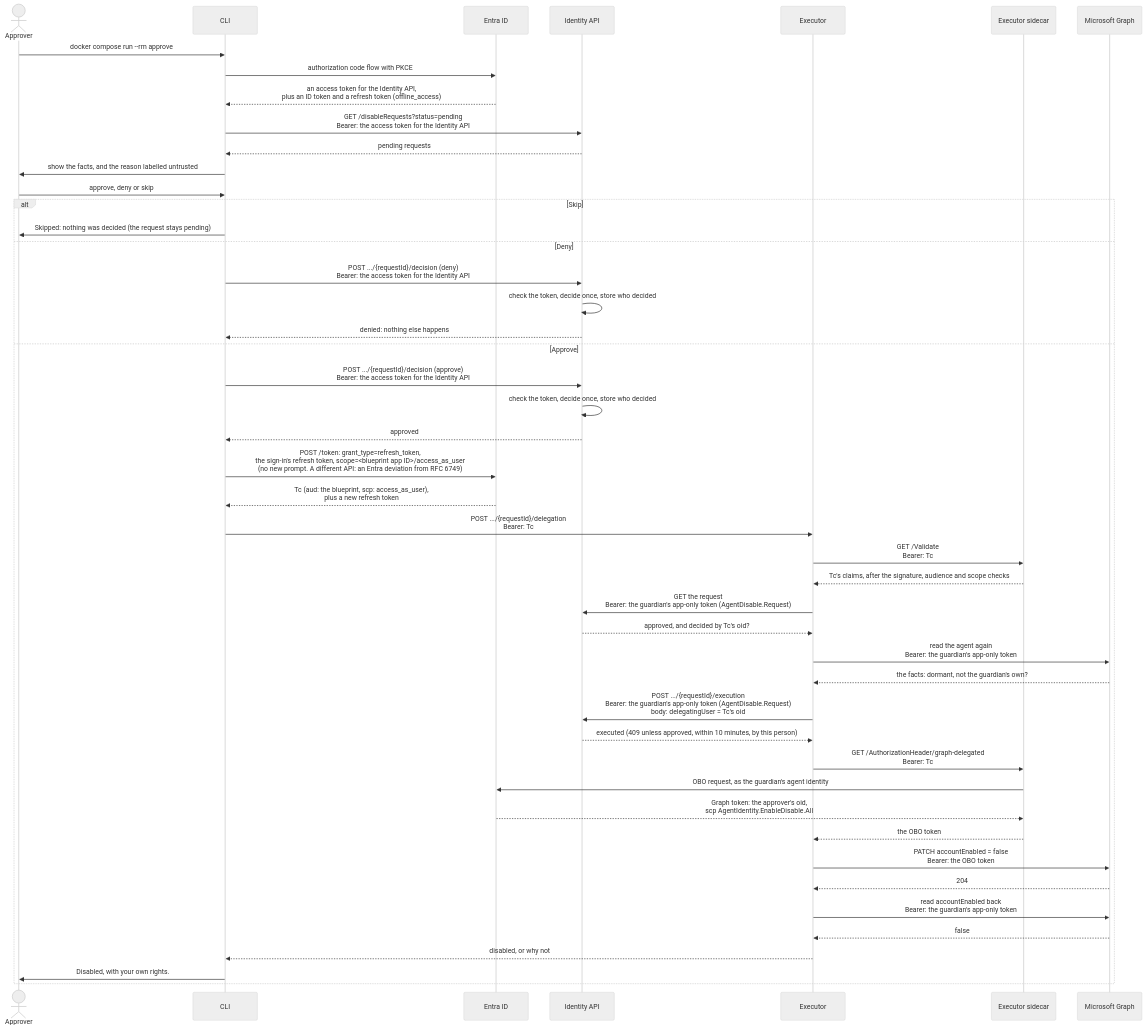
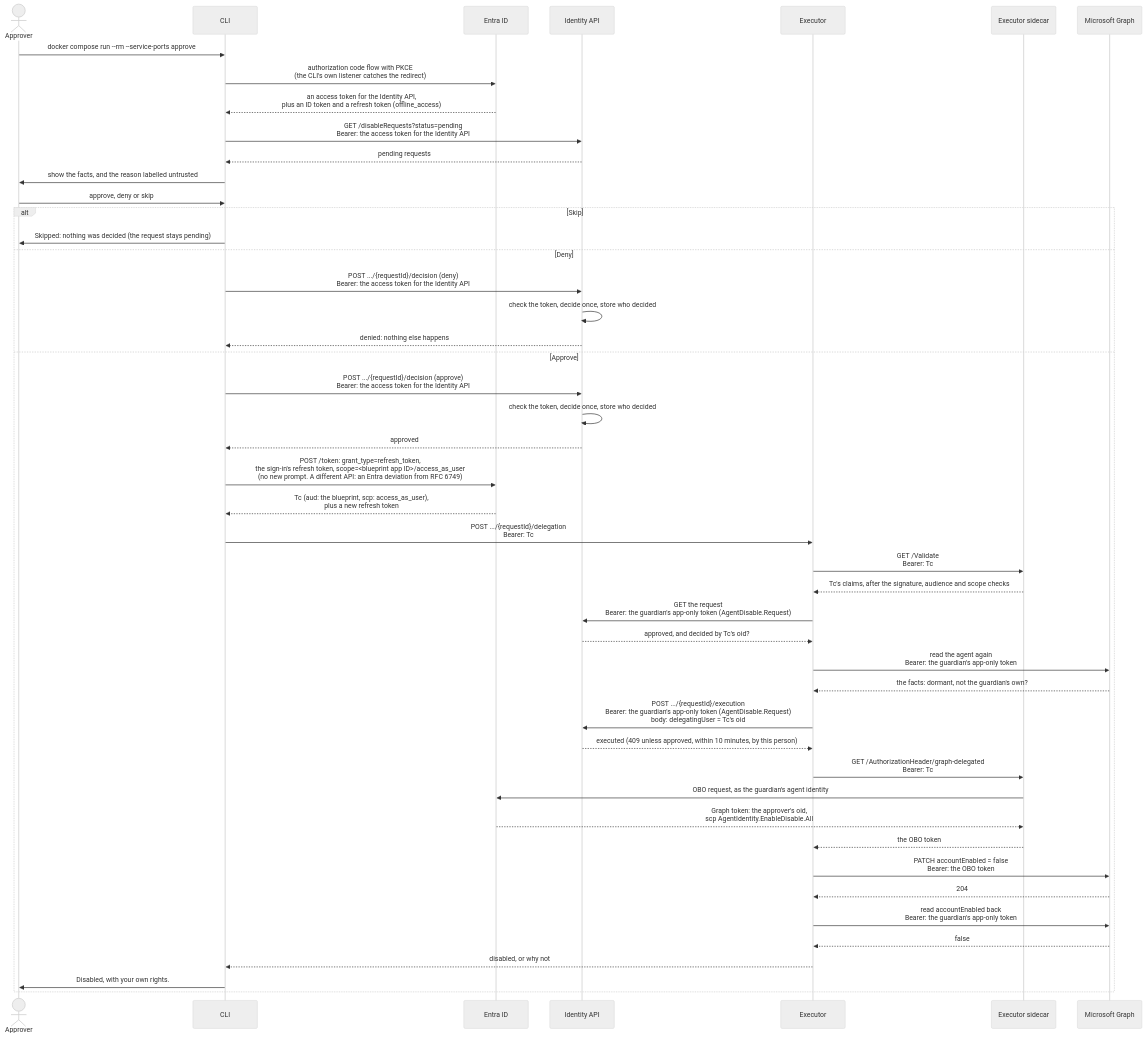
Before and after one commit to alireza-mpr/agent-steward: the third of 4 diagrams in docs/agent-steward-architecture.md, drawn with Mermaid (neutral theme). The commit also changed other lines of this file and 7 other files, not shown here.

First line of the commit message:
feat(approve-cli): catch the sign-in redirect with a listener; Enter skips

````diff
--- a/docs/agent-steward-architecture.md
+++ b/docs/agent-steward-architecture.md
@@ -220,51 +220,51 @@
 ```mermaid
 sequenceDiagram
     actor P as Approver
     participant C as CLI
     participant E as Entra ID
     participant A as Identity API
     participant X as Executor
     participant S as Executor sidecar
     participant G as Microsoft Graph
 
-    P->>C: docker compose run --rm approve
-    C->>E: authorization code flow with PKCE
+    P->>C: docker compose run --rm --service-ports approve
+    C->>E: authorization code flow with PKCE<br/>(the CLI's own listener catches the redirect)
     E-->>C: an access token for the Identity API,<br/>plus an ID token and a refresh token (offline_access)
     C->>A: GET /disableRequests?status=pending<br/>Bearer: the access token for the Identity API
     A-->>C: pending requests
     C->>P: show the facts, and the reason labelled untrusted
     P->>C: approve, deny or skip
 
     alt Skip
         C->>P: Skipped: nothing was decided (the request stays pending)
     else Deny
         C->>A: POST .../{requestId}/decision (deny)<br/>Bearer: the access token for the Identity API
         A->>A: check the token, decide once, store who decided
         A-->>C: denied: nothing else happens
     else Approve
         C->>A: POST .../{requestId}/decision (approve)<br/>Bearer: the access token for the Identity API
         A->>A: check the token, decide once, store who decided
         A-->>C: approved
         C->>E: POST /token: grant_type=refresh_token,<br/>the sign-in's refresh token, scope=#lt;blueprint app ID#gt;/access_as_user<br/>(no new prompt. A different API: an Entra deviation from RFC 6749)
         E-->>C: Tc (aud: the blueprint, scp: access_as_user),<br/>plus a new refresh token
         C->>X: POST .../{requestId}/delegation<br/>Bearer: Tc
         X->>S: GET /Validate<br/>Bearer: Tc
         S-->>X: Tc's claims, after the signature, audience and scope checks
         X->>A: GET the request<br/>Bearer: the guardian's app-only token (AgentDisable.Request)
         A-->>X: approved, and decided by Tc's oid?
         X->>G: read the agent again<br/>Bearer: the guardian's app-only token
         G-->>X: the facts: dormant, not the guardian's own?
         X->>A: POST .../{requestId}/execution<br/>Bearer: the guardian's app-only token (AgentDisable.Request)<br/>body: delegatingUser = Tc's oid
         A-->>X: executed (409 unless approved, within 10 minutes, by this person)
         X->>S: GET /AuthorizationHeader/graph-delegated<br/>Bearer: Tc
         S->>E: OBO request, as the guardian's agent identity
         E-->>S: Graph token: the approver's oid,<br/>scp AgentIdentity.EnableDisable.All
         S-->>X: the OBO token
         X->>G: PATCH accountEnabled = false<br/>Bearer: the OBO token
         G-->>X: 204
         X->>G: read accountEnabled back<br/>Bearer: the guardian's app-only token
         G-->>X: false
         X-->>C: disabled, or why not
         C->>P: Disabled, with your own rights.
     end
 ```
````
